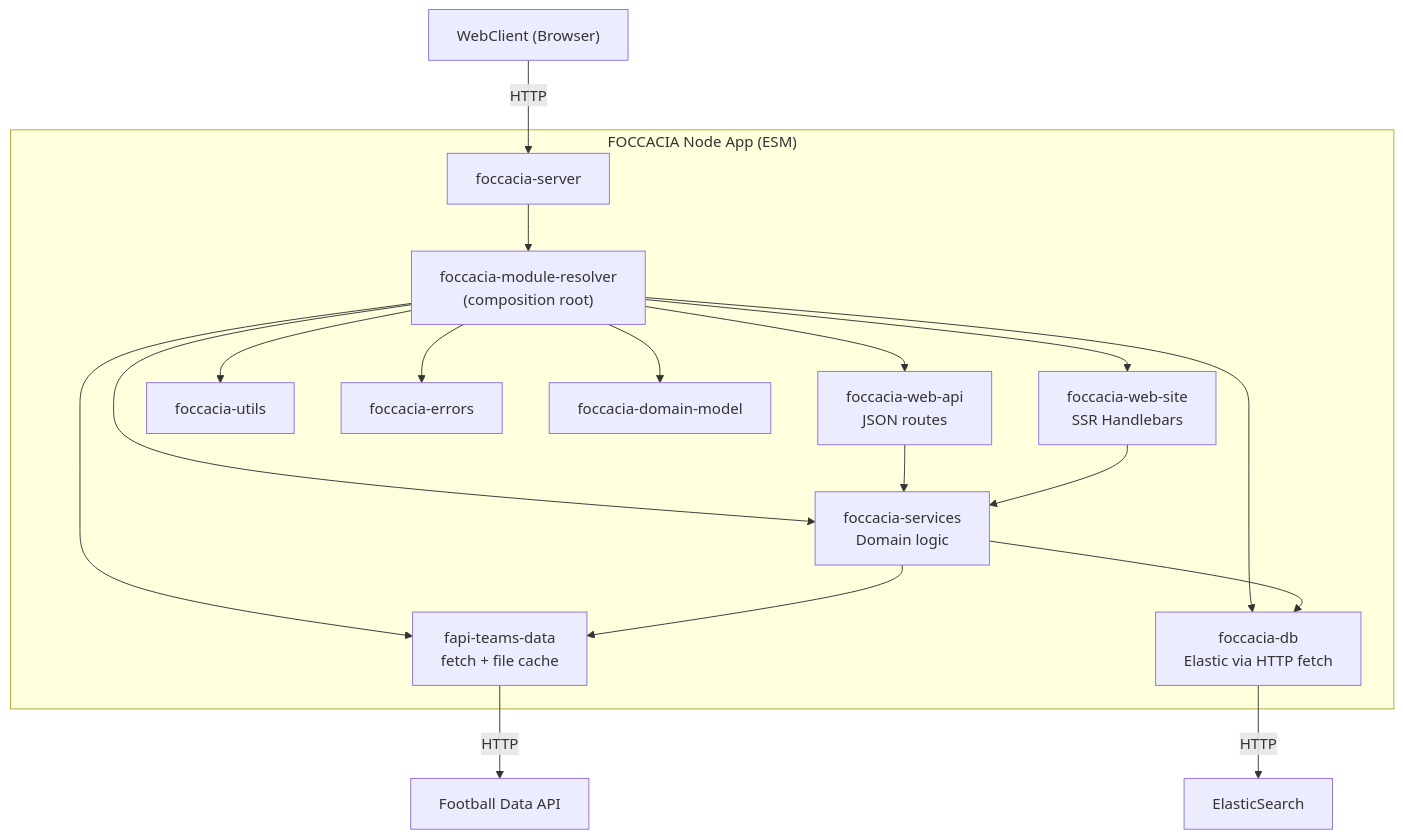
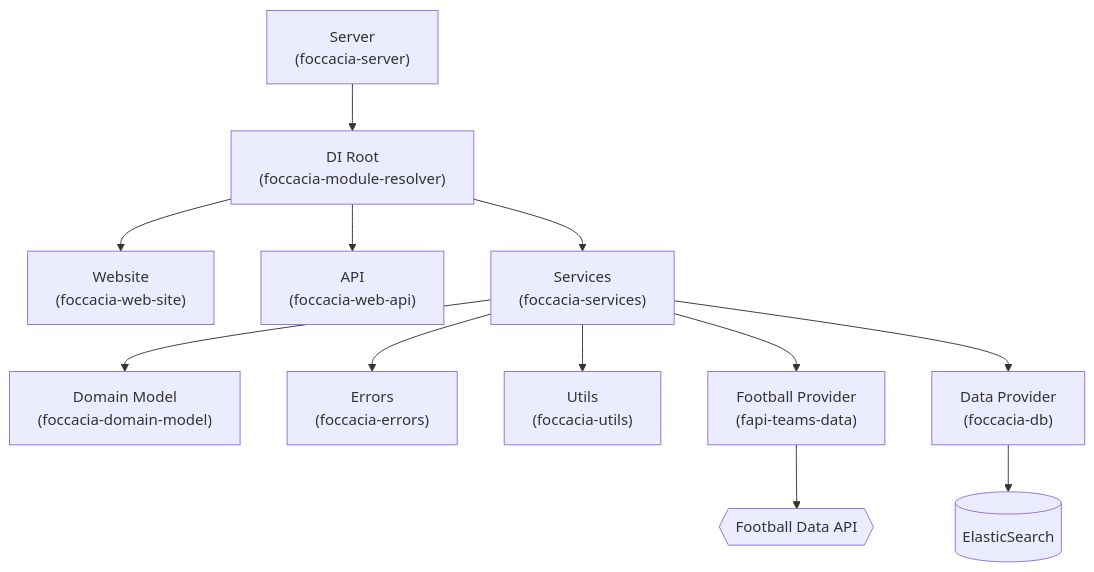
The second of 2 diagrams in README.md (diniscorreiaa/foccacia), drawn with Mermaid before and after one commit. The commit also changed other lines of this file, not shown here.

````diff
--- a/README.md
+++ b/README.md
@@ -136,35 +195,20 @@
 ```mermaid
 
-flowchart TD
-%% Client
-    browser["WebClient (Browser)"] -->|HTTP| server["foccacia-server"]
+flowchart TB
+    server["Server\n(foccacia-server)"] --> resolver["DI Root\n(foccacia-module-resolver)"]
 
-%% Node app
-    subgraph app["FOCCACIA Node App (ESM)"]
-        server --> resolver["foccacia-module-resolver\n(composition root)"]
+    resolver --> site["Website\n(foccacia-web-site)"]
+    resolver --> api["API\n(foccacia-web-api)"]
+    resolver --> services["Services\n(foccacia-services)"]
 
-        resolver --> webapi["foccacia-web-api\nJSON routes"]
-        resolver --> website["foccacia-web-site\nSSR Handlebars"]
-        resolver --> services["foccacia-services\nDomain logic"]
+    services --> domain["Domain Model\n(foccacia-domain-model)"]
+    services --> errors["Errors\n(foccacia-errors)"]
+    services --> utils["Utils\n(foccacia-utils)"]
 
-        resolver --> fapi["fapi-teams-data\nfetch + file cache"]
-        resolver --> db["foccacia-db\nElastic via HTTP fetch"]
+    services --> fapi["Football Provider\n(fapi-teams-data)"]
+    services --> db["Data Provider\n(foccacia-db)"]
 
-        resolver --> utils["foccacia-utils"]
-        resolver --> errors["foccacia-errors"]
-        resolver --> domain["foccacia-domain-model"]
-    end
-
-%% Module dependencies (runtime)
-    webapi --> services
-    website --> services
-    services --> fapi
-    services --> db
-
-%% External systems
-    fapi -->|HTTP| football["Football Data API"]
-    db -->|HTTP| elastic["ElasticSearch"]
-
-
+    fapi --> football{{"Football Data API"}}
+    db --> elastic[("ElasticSearch")]
 
 ```
````
